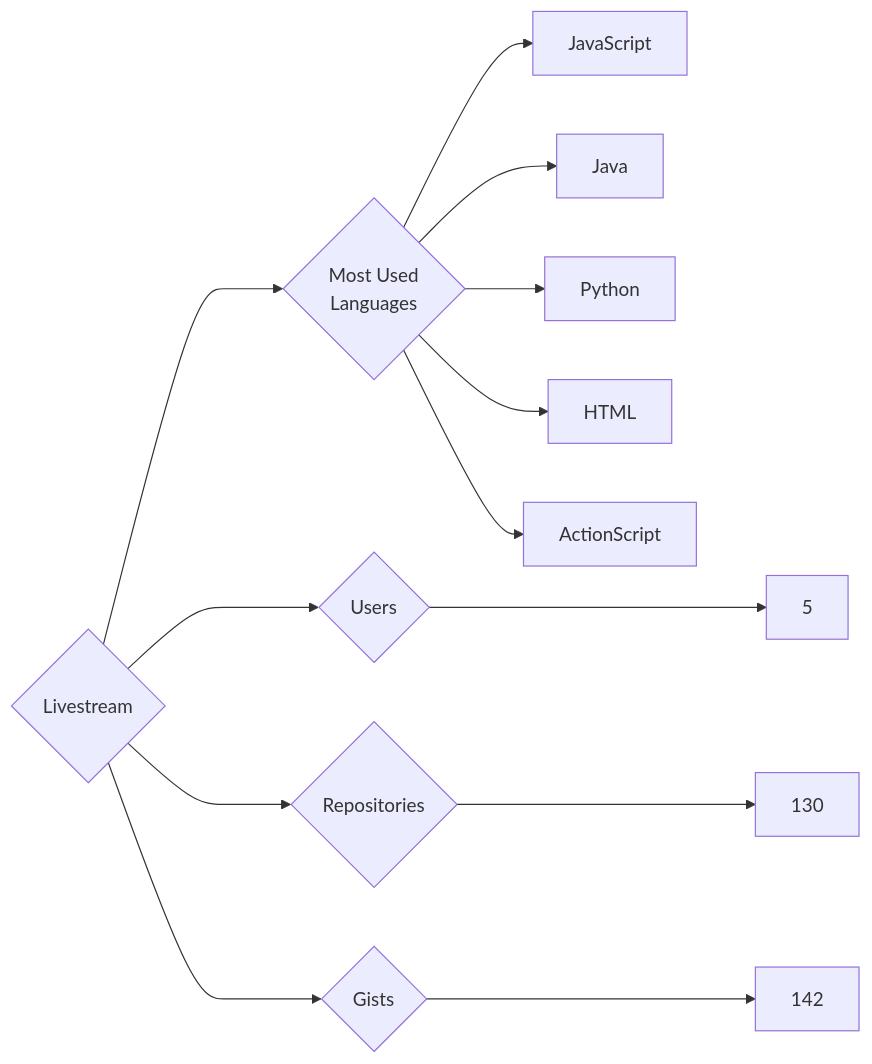
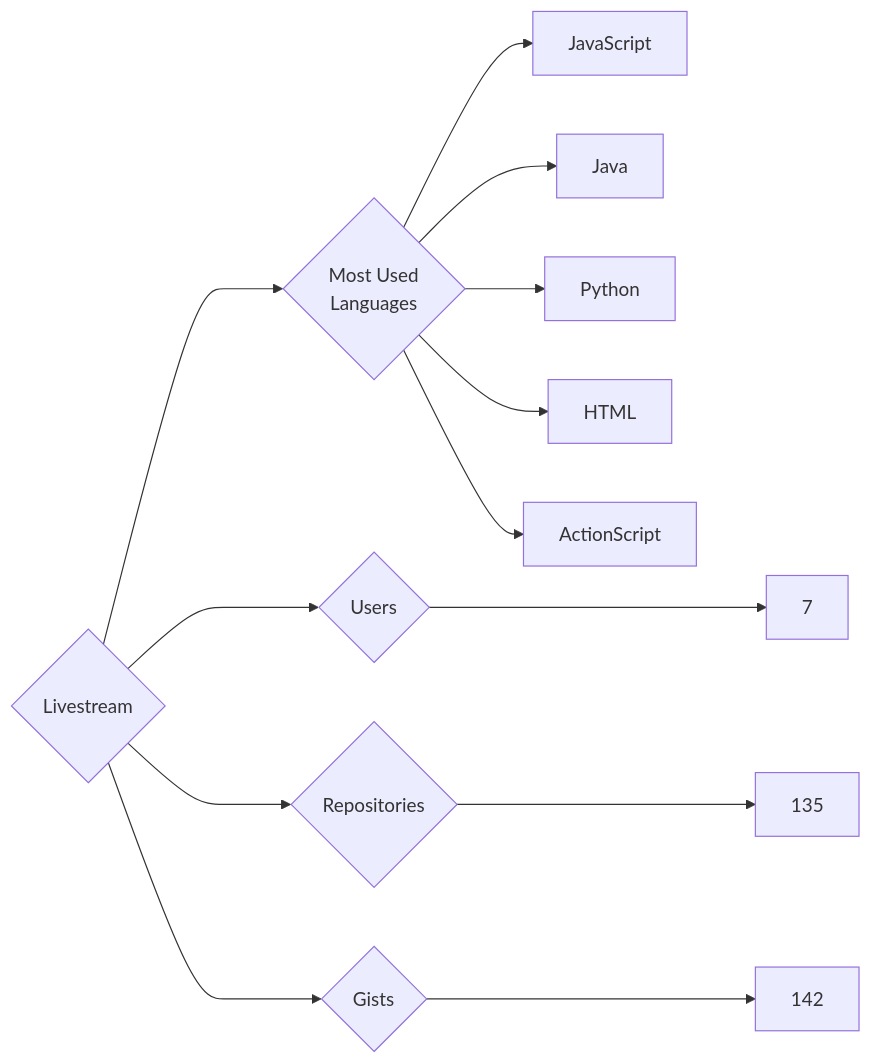
One commit to trickest/insiders changed the diagram in targets/Livestream/README.md. Above: the diagram before and after it, drawn with Mermaid. The commit also changed 888 other files, not shown here.

````diff
--- a/targets/Livestream/README.md
+++ b/targets/Livestream/README.md
@@ -3,13 +3,13 @@
 ```mermaid
 graph LR
 COMPANY_NAME{Livestream}
-COMPANY_NAME ---> U{Users} ---> UN[5]
-COMPANY_NAME ---> R{Repositories} ---> RN[130]
+COMPANY_NAME ---> U{Users} ---> UN[7]
+COMPANY_NAME ---> R{Repositories} ---> RN[135]
 COMPANY_NAME ---> G{Gists} ---> GN[142]
 COMPANY_NAME ---> ML{Most Used<br>Languages}
 ML --> JavaScript[JavaScript]
 ML --> Java[Java]
 ML --> Python[Python]
 ML --> HTML[HTML]
 ML --> ActionScript[ActionScript]
 ```
````
